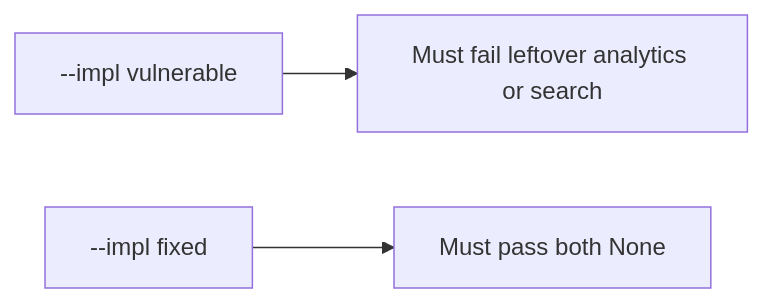
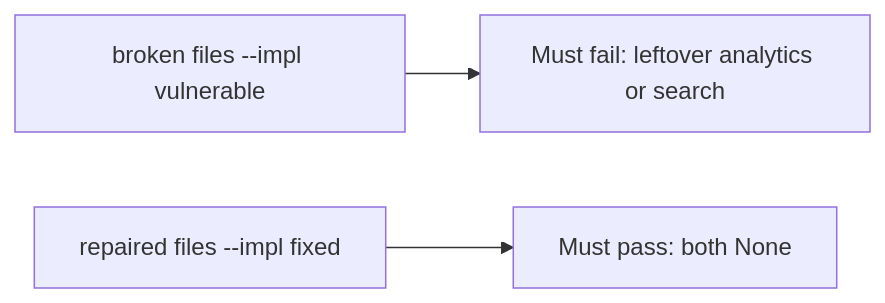
The diagram in content/modules/5/5.1/lessons/05-verify.md (ishitvagoel/LearnSecurity), drawn with Mermaid before and after one commit. The commit also changed other lines of this file and 39 other files, not shown here.

````diff
--- a/content/modules/5/5.1/lessons/05-verify.md
+++ b/content/modules/5/5.1/lessons/05-verify.md
@@ -15,5 +14,5 @@
 ```mermaid
 flowchart LR
-  V["--impl vulnerable"] --> F["Must fail leftover analytics or search"]
-  X["--impl fixed"] --> P["Must pass both None"]
+  V["broken files --impl vulnerable"] --> F[Must fail: leftover analytics or search]
+  X["repaired files --impl fixed"] --> P[Must pass: both None]
 ```
````
